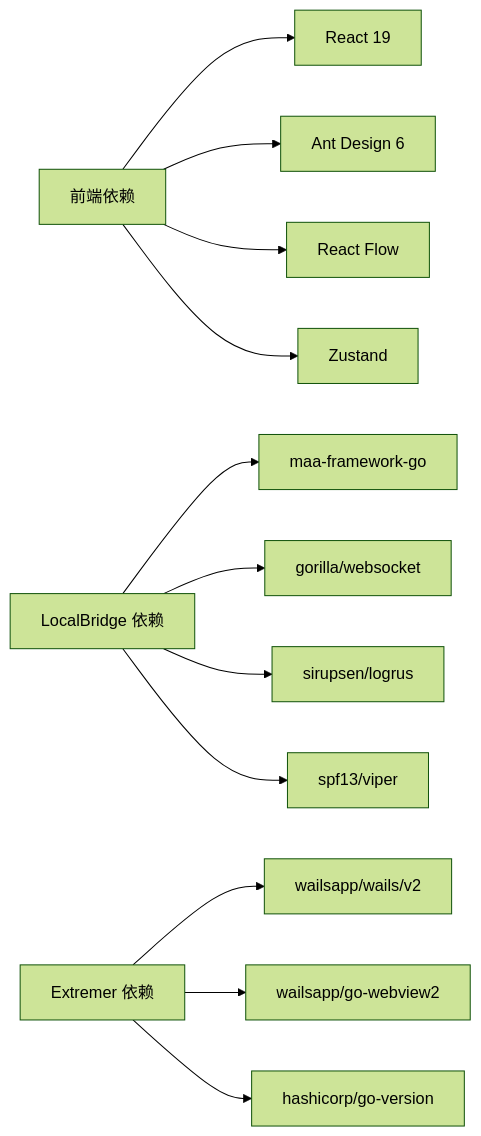
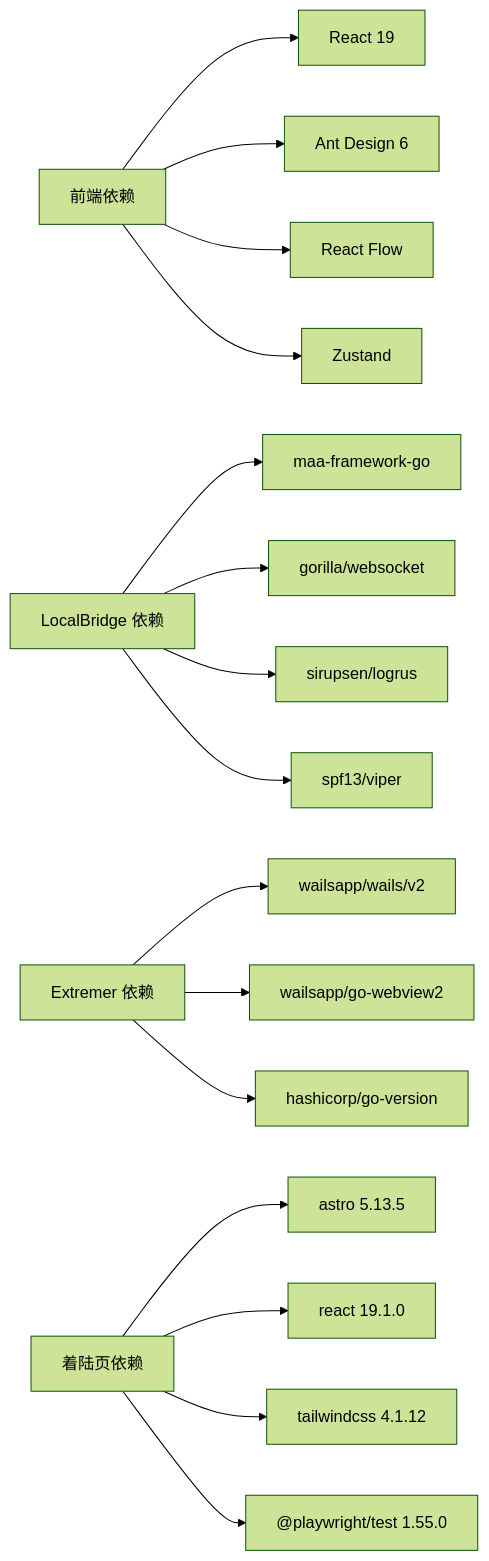
One commit to kqcoxn/MaaPipelineEditor changed the ninth of 9 diagrams in .qoder/repowiki/zh/content/开发者指南/开发者指南.md. Above: the diagram before and after it, drawn with Mermaid (forest theme). The commit also changed other lines of this file and 8 other files, not shown here.

````diff
--- a/.qoder/repowiki/zh/content/开发者指南/开发者指南.md
+++ b/.qoder/repowiki/zh/content/开发者指南/开发者指南.md
@@ -313,14 +526,18 @@
 ```mermaid
 graph LR
 FE["前端依赖"] --> React["React 19"]
 FE --> Antd["Ant Design 6"]
 FE --> Flow["React Flow"]
 FE --> Zustand["Zustand"]
 LB["LocalBridge 依赖"] --> MFW["maa-framework-go"]
 LB --> WS["gorilla/websocket"]
 LB --> Logrus["sirupsen/logrus"]
 LB --> Viper["spf13/viper"]
 EX["Extremer 依赖"] --> Wails["wailsapp/wails/v2"]
 EX --> WebView2["wailsapp/go-webview2"]
 EX --> Ver["hashicorp/go-version"]
+Landing["着陆页依赖"] --> Astro["astro 5.13.5"]
+Landing --> React19["react 19.1.0"]
+Landing --> Tailwind["tailwindcss 4.1.12"]
+Landing --> Playwright["@playwright/test 1.55.0"]
 ```
````
